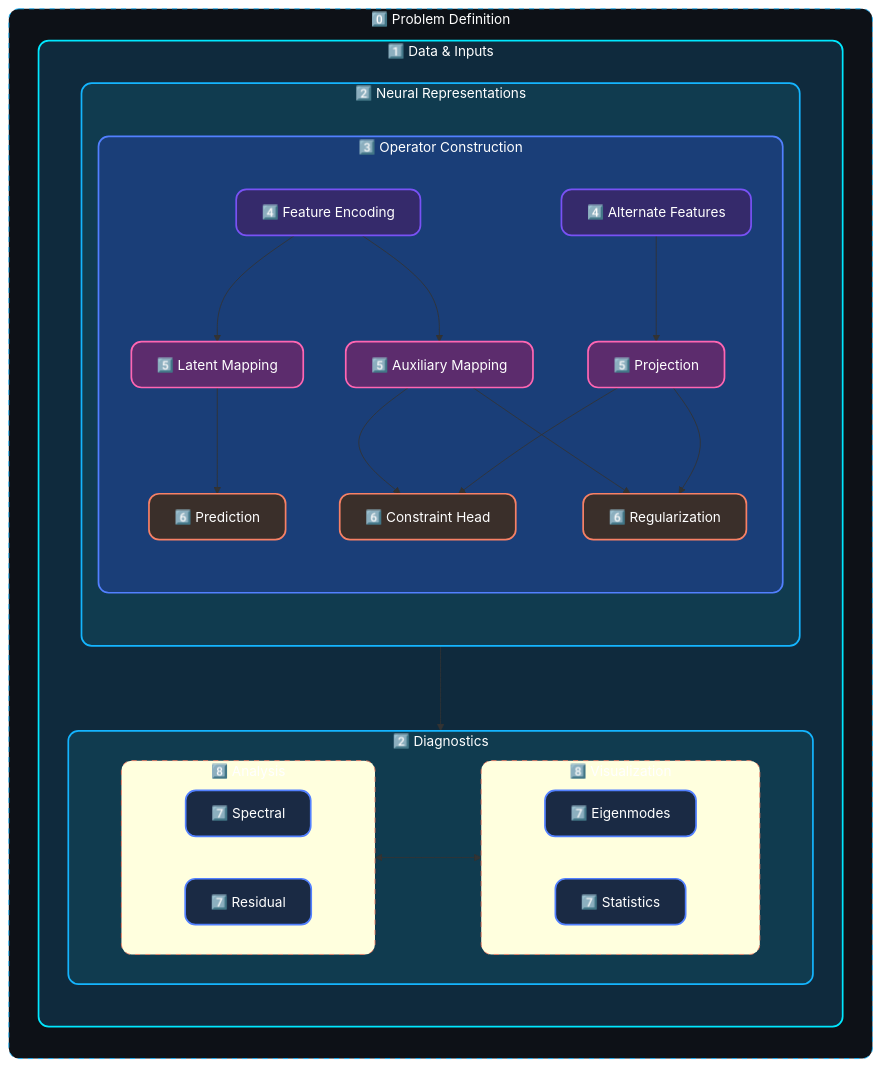
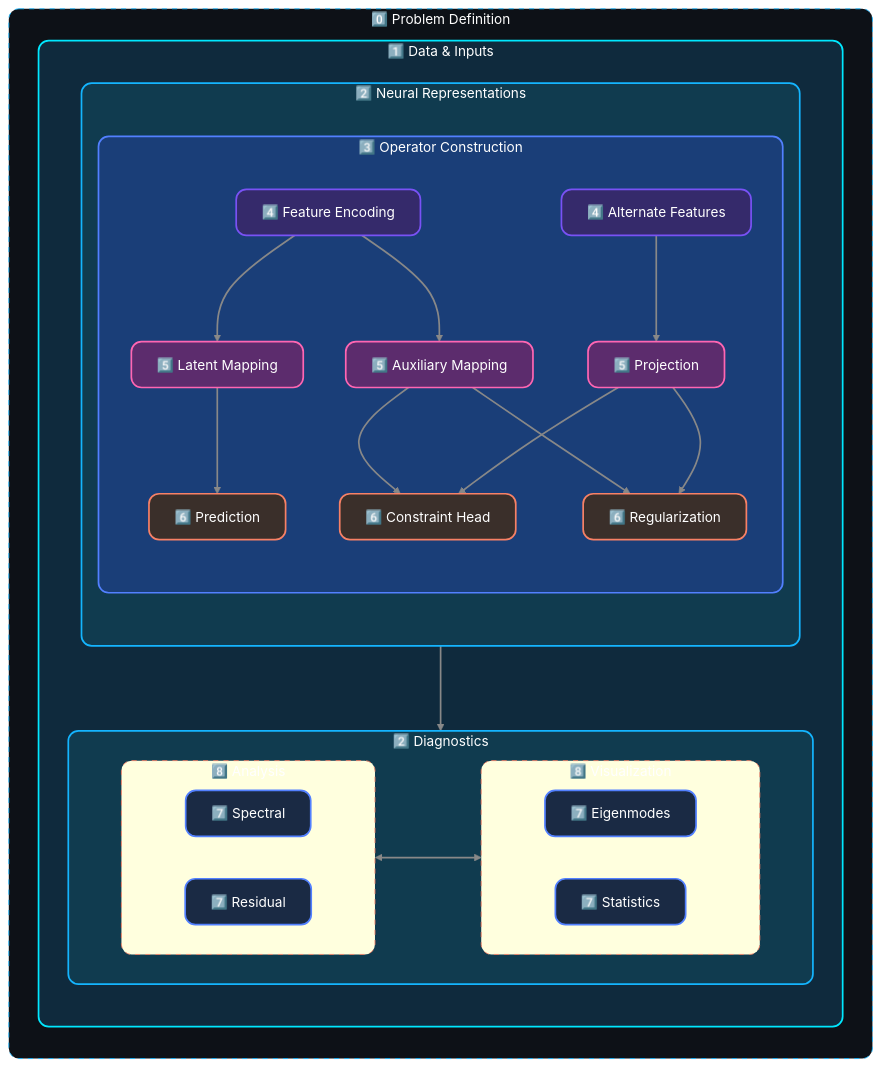
One commit to Scriber-Labs/lf-pinn-inverse-schrodinger changed the diagram in assets/mermaid-diagrams/eigenscribe-theme_gradient.mmd. Above: the diagram before and after it, drawn with Mermaid. The commit also changed 2 other files, not shown here.

Commit message:
spent the better part of the day choosing  colors to make the mermaid diagrams have a pseudogradient. all the code is in the './assets/mermaid-diagrams/' folder

```diff
--- a/assets/mermaid-diagrams/eigenscribe-theme_gradient.mmd
+++ b/assets/mermaid-diagrams/eigenscribe-theme_gradient.mmd
@@ -1,115 +1,120 @@
 %%====================================================================
 %%  ✨ SCRIBER EXPERIENCE GRADIENT (Cyan → Cobalt → Purple → Orange)
 %%====================================================================
 %%{ init: {
  "theme":"base",
  "themeVariables": {
   "background":"#0d1117",
   "primaryColor":"#161b22",
   "lineColor":"#14b5ff",
   "textColor":"#ffffff",
   "fontFamily":"'Aclonica','Merriweather',serif"
  },
  "handDrawn":false
 }}%%
 %%====================================================================
 
 flowchart LR
 
 %%--------------------------------------------------------------
 %%  SCRIBER GRADIENT RAMP
 %%--------------------------------------------------------------
 
 classDef scriber_grad0 fill:#0d1117,stroke:#14b5ff,stroke-dasharray:6 6,color:#ffffff,rx:12,ry:12;
 classDef scriber_grad1 fill:#0f2a3d,stroke:#00e8ff,stroke-width:2px,color:#ffffff,rx:12,ry:12;
 classDef scriber_grad2 fill:#103b4f,stroke:#14b5ff,stroke-width:2px,color:#ffffff,rx:12,ry:12;
 classDef scriber_grad3 fill:#1a3e78,stroke:#5280ff,stroke-width:2px,color:#ffffff,rx:12,ry:12;
 classDef scriber_grad4 fill:#352a6b,stroke:#7952f5,stroke-width:2px,color:#ffffff,rx:12,ry:12;
 classDef scriber_grad5 fill:#5c2c6d,stroke:#ff66b3,stroke-width:2px,color:#ffffff,rx:12,ry:12;
 classDef scriber_grad6 fill:#3a2f2a,stroke:#f78166,stroke-width:2px,color:#ffffff,rx:12,ry:12;
 
 classDef scriber_grad7 fill:#1a2a44,stroke:#5280ff,stroke-width:2px,color:#ffffff,rx:12,ry:12;
 classDef scriber_grad8 stroke:#f78166,stroke-dasharray:6 6,color:#ffffff,rx:12,ry:12;
+
+%%￼–￼￼–￼￼–￼￼–￼￼–￼￼–￼￼–￼￼–￼￼–￼￼–￼￼–￼￼–￼￼–￼￼–￼￼–￼￼–￼￼–￼￼–￼￼–￼￼–￼￼–￼￼–￼￼–￼￼–￼￼–￼￼–￼￼–￼￼–￼￼–￼￼–￼￼–￼
+%%  LIGHT‑GRAY ARROW STYLE (so arrows stay subtle)
+%%￼–￼￼–￼￼–￼￼–￼￼–￼￼–￼￼–￼￼–￼￼–￼￼–￼￼–￼￼–￼￼–￼￼–￼￼–￼￼–￼￼–￼￼–￼￼–￼￼–￼￼–￼￼–￼￼–￼￼–￼￼–￼￼–￼￼–￼￼–￼￼–￼￼–￼￼–￼
+linkStyle default stroke:#888,stroke-width:2px
 
 %%--------------------------------------------------------------
 %% CORE PIPELINE
 %%--------------------------------------------------------------
 
 subgraph scriber_0["0️⃣ Problem Definition"]
 direction TB
 
     subgraph scriber_1A["1️⃣ Data & Inputs"]
     direction TB
 
         subgraph scriber_2A["2️⃣ Neural Representations"]
         direction TB
 
             subgraph scriber_3AA["3️⃣ Operator Construction"]
             direction TB
 
                 scriber_4AB["4️⃣ Feature Encoding"]
                     --> scriber_5A["5️⃣ Latent Mapping"]
                     --> scriber_A["6️⃣ Prediction"]
 
                 scriber_4AB --> scriber_5B["5️⃣ Auxiliary Mapping"]
                     --> scriber_6B["6️⃣ Constraint Head"]
 
                 scriber_5B --> scriber_6C["6️⃣ Regularization"]
 
                 scriber_5C --> scriber_6B
 
                 scriber_4C["4️⃣ Alternate Features"]
                     --> scriber_5C["5️⃣ Projection"]
                     --> scriber_6C
 
             end
         end
 
         subgraph scriber_2B["2️⃣ Diagnostics"]
         direction LR
 
             subgraph scriber_8AB["8️⃣ Analysis"]
             direction LR
                 scriber_7AA1["7️⃣ Spectral"]
                 scriber_7AA2["7️⃣ Residual"]
             end
 
             subgraph scriber_8BB["8️⃣ Visualization"]
             direction LR
                 scriber_7AB1["7️⃣ Eigenmodes"]
                 scriber_7AB2["7️⃣ Statistics"]
             end
 
             scriber_8AB <--> scriber_8BB
 
         end
 
         scriber_2A --> scriber_2B
 
     end
 end
 
 
 %%--------------------------------------------------------------
 %% APPLY GRADIENT
 %%--------------------------------------------------------------
 
 scriber_0:::scriber_grad0
 scriber_1A:::scriber_grad1
 scriber_2A:::scriber_grad2
 scriber_2B:::scriber_grad2
 scriber_3AA:::scriber_grad3
 scriber_4AB:::scriber_grad4
 scriber_4C:::scriber_grad4
 scriber_5A:::scriber_grad5
 scriber_5B:::scriber_grad5
 scriber_5C:::scriber_grad5
 scriber_A:::scriber_grad6
 scriber_6B:::scriber_grad6
 scriber_6C:::scriber_grad6
 scriber_7AA1:::scriber_grad7
 scriber_7AA2:::scriber_grad7
 scriber_7AB1:::scriber_grad7
 scriber_7AB2:::scriber_grad7
 scriber_8AB:::scriber_grad8
 scriber_8BB:::scriber_grad8
```
